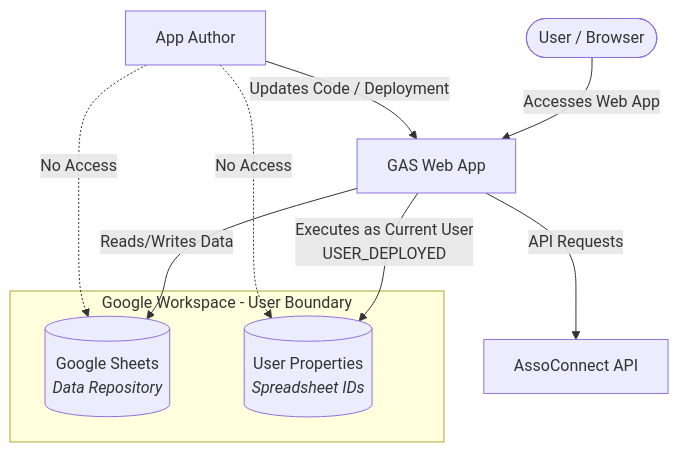
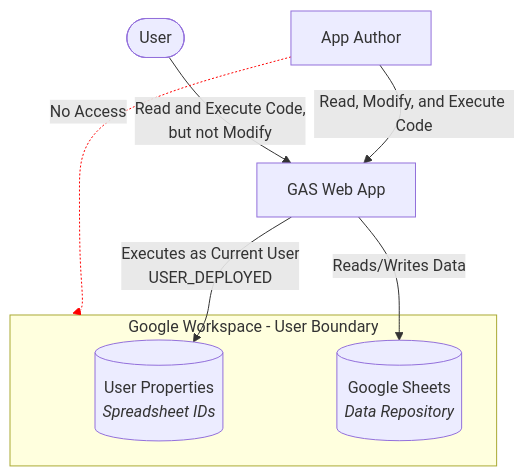
Before and after one commit to LudoBA13/gas-maestro: the diagram in README.md, drawn with Mermaid.

Commit message:
Update architecture diagram in README.md with detailed permissions and styled no-access arrow

````diff
--- a/README.md
+++ b/README.md
@@ -15,16 +15,16 @@
 ```mermaid
 graph TD
-    Author[App Author] -->|Updates Code / Deployment| WebApp[GAS Web App]
-    Author -.->|No Access| Sheets
-    Author -.->|No Access| UserProps
+    Author[App Author] -->|Read, Modify, and Execute Code| WebApp[GAS Web App]
+    Author -.->|No Access| UserBoundary
     
-    User([User / Browser]) -->|Accesses Web App| WebApp
+    User([User]) -->|Read and Execute Code, <br/>but not Modify| WebApp
     WebApp -->|Executes as Current User<br/>USER_DEPLOYED| UserProps[(User Properties<br/><i>Spreadsheet IDs</i>)]
     WebApp -->|Reads/Writes Data| Sheets[(Google Sheets<br/><i>Data Repository</i>)]
-    WebApp -->|API Requests| AssoConnect[AssoConnect API]
     
-    subgraph Google Workspace - User Boundary
+    subgraph UserBoundary [Google Workspace - User Boundary]
         UserProps
         Sheets
     end
+
+    linkStyle 1 stroke:#ff0000
 ```
````
